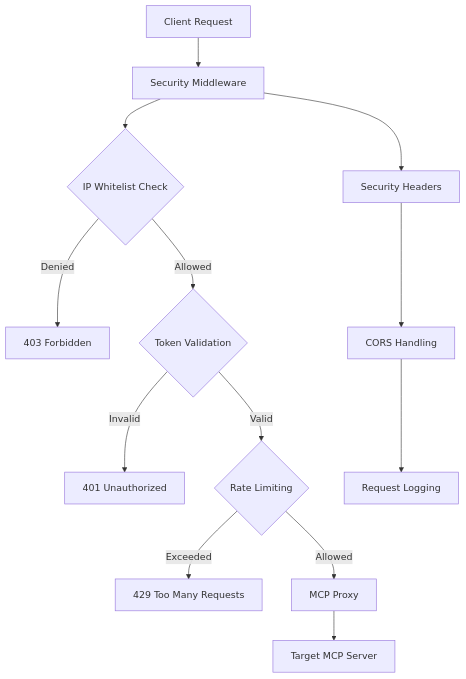
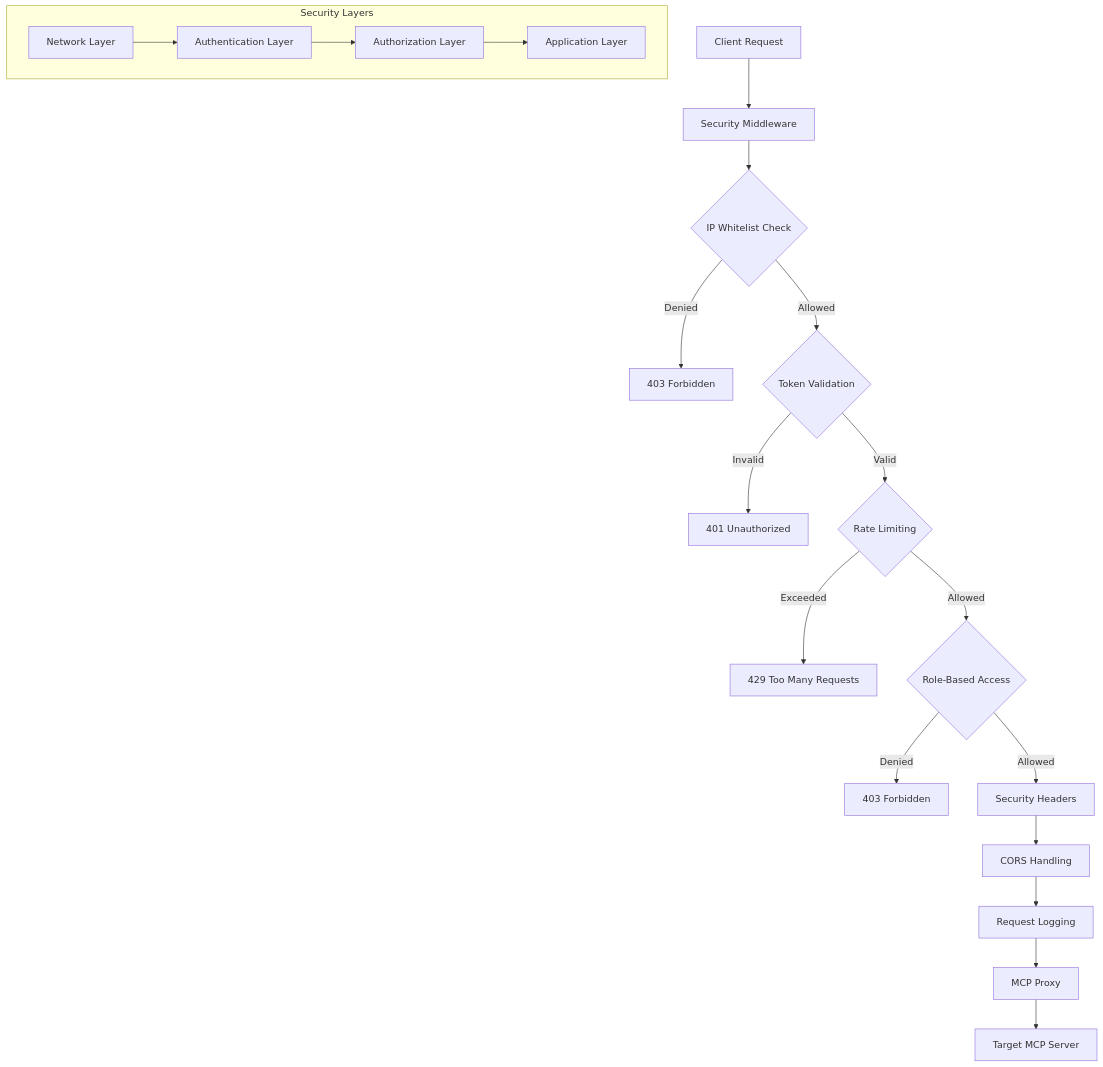
Before and after one commit to compozy/compozy: the first of 2 diagrams in docs/content/docs/core/mcp/security-authentication.mdx, drawn with Mermaid. The commit also changed other lines of this file and 16 other files, not shown here.

````diff
--- a/docs/content/docs/core/mcp/security-authentication.mdx
+++ b/docs/content/docs/core/mcp/security-authentication.mdx
@@ -12,16 +43,23 @@
 ```mermaid
 graph TB
     A[Client Request] --> B[Security Middleware]
     B --> C{IP Whitelist Check}
     C -->|Denied| D[403 Forbidden]
     C -->|Allowed| E{Token Validation}
     E -->|Invalid| F[401 Unauthorized]
     E -->|Valid| G{Rate Limiting}
     G -->|Exceeded| H[429 Too Many Requests]
-    G -->|Allowed| I[MCP Proxy]
-    I --> J[Target MCP Server]
-    
-    B --> K[Security Headers]
+    G -->|Allowed| I{Role-Based Access}
+    I -->|Denied| J[403 Forbidden]
+    I -->|Allowed| K[Security Headers]
     K --> L[CORS Handling]
     L --> M[Request Logging]
+    M --> N[MCP Proxy]
+    N --> O[Target MCP Server]
+    
+    subgraph "Security Layers"
+        P[Network Layer] --> Q[Authentication Layer]
+        Q --> R[Authorization Layer]
+        R --> S[Application Layer]
+    end
 ```
````
